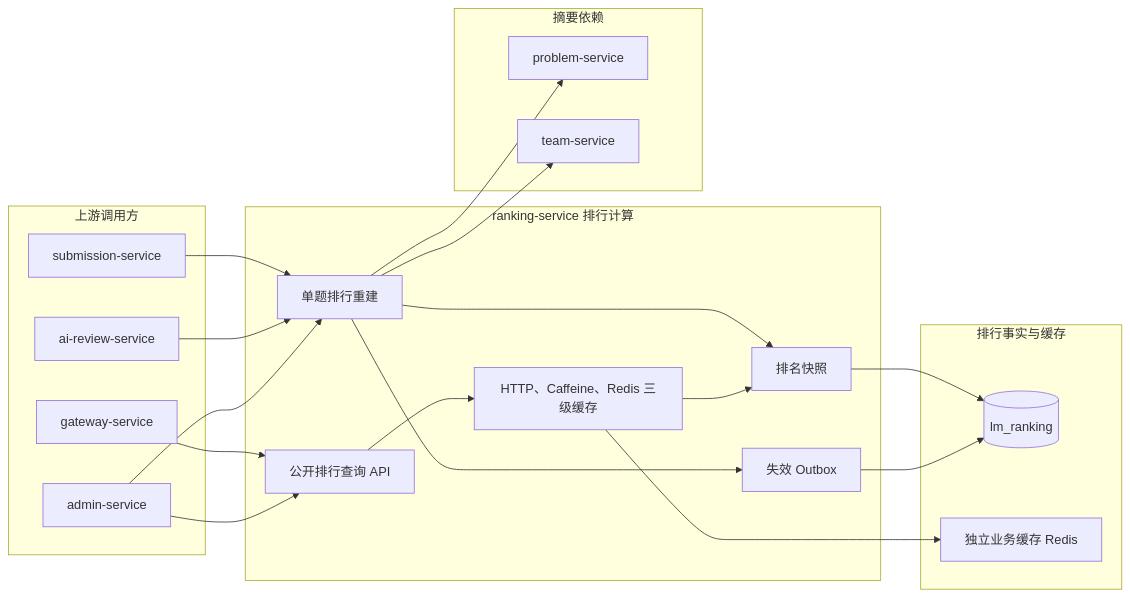
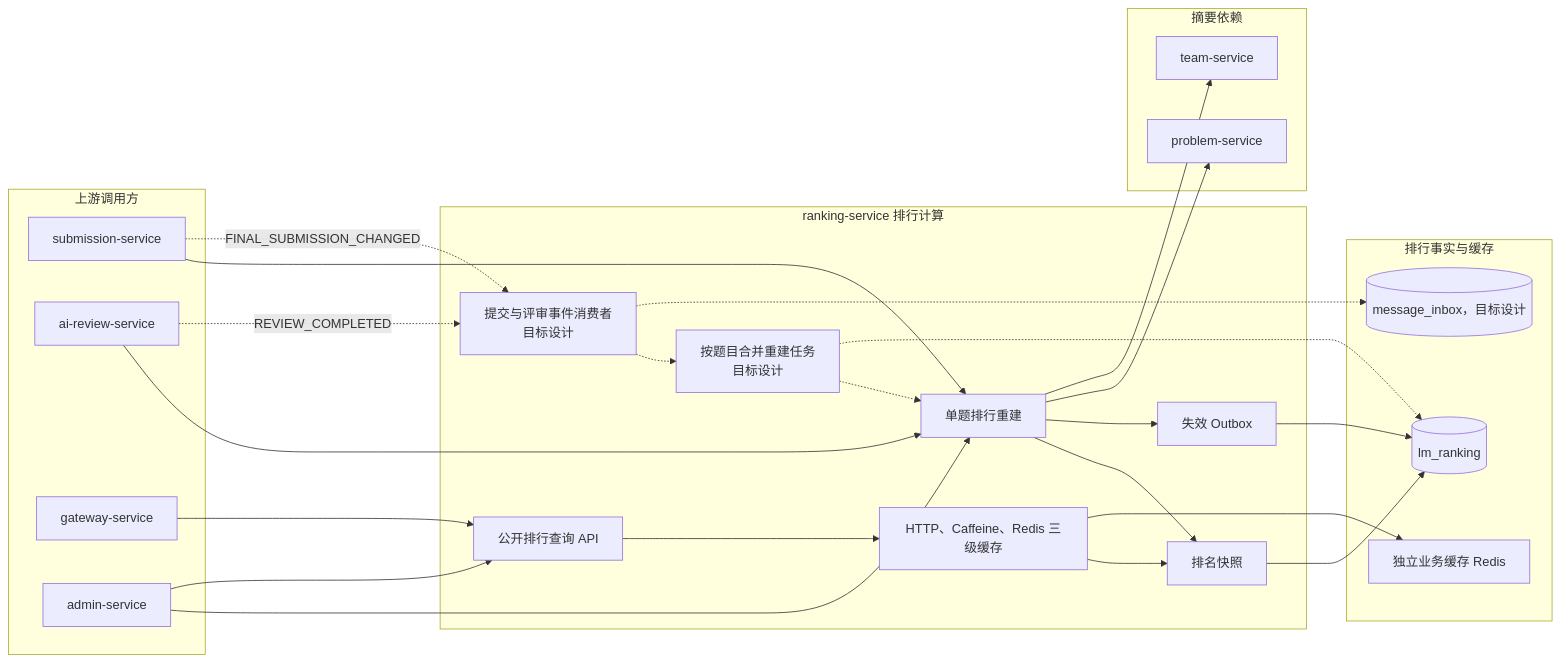
Before and after one commit to Dorian7Alden/LeetModel: the diagram in docs/project/03-微服务设计/ranking-service/README.md, drawn with Mermaid. The commit also changed other lines of this file and 11 other files, not shown here.

````diff
--- a/docs/project/03-微服务设计/ranking-service/README.md
+++ b/docs/project/03-微服务设计/ranking-service/README.md
@@ -7,43 +7,51 @@
 ```mermaid
 flowchart LR
     subgraph callers["上游调用方"]
         submissionService["submission-service"]
         reviewService["ai-review-service"]
         apiGateway["gateway-service"]
         adminService["admin-service"]
     end
 
     subgraph ranking["ranking-service 排行计算"]
+        eventConsumer["提交与评审事件消费者<br/>目标设计"]
+        rebuildTask["按题目合并重建任务<br/>目标设计"]
         rankRebuild["单题排行重建"]
         rankSnapshot["排名快照"]
         queryApi["公开排行查询 API"]
         tieredCache["HTTP、Caffeine、Redis 三级缓存"]
         outbox["失效 Outbox"]
 
+        eventConsumer -.-> rebuildTask -.-> rankRebuild
         rankRebuild --> rankSnapshot
         rankRebuild --> outbox
         queryApi --> tieredCache
         tieredCache --> rankSnapshot
     end
 
     subgraph dependencies["摘要依赖"]
         problemService["problem-service"]
         teamService["team-service"]
     end
 
     subgraph data["排行事实与缓存"]
         rankingDatabase[(lm_ranking)]
+        messageInbox[(message_inbox，目标设计)]
         cacheRedis["独立业务缓存 Redis"]
     end
 
     submissionService --> rankRebuild
     reviewService --> rankRebuild
+    submissionService -.->|"FINAL_SUBMISSION_CHANGED"| eventConsumer
+    reviewService -.->|"REVIEW_COMPLETED"| eventConsumer
     apiGateway --> queryApi
     adminService --> rankRebuild
     adminService --> queryApi
     rankRebuild --> problemService
     rankRebuild --> teamService
     rankSnapshot --> rankingDatabase
     outbox --> rankingDatabase
+    eventConsumer -.-> messageInbox
+    rebuildTask -.-> rankingDatabase
     tieredCache --> cacheRedis
 ```
````
